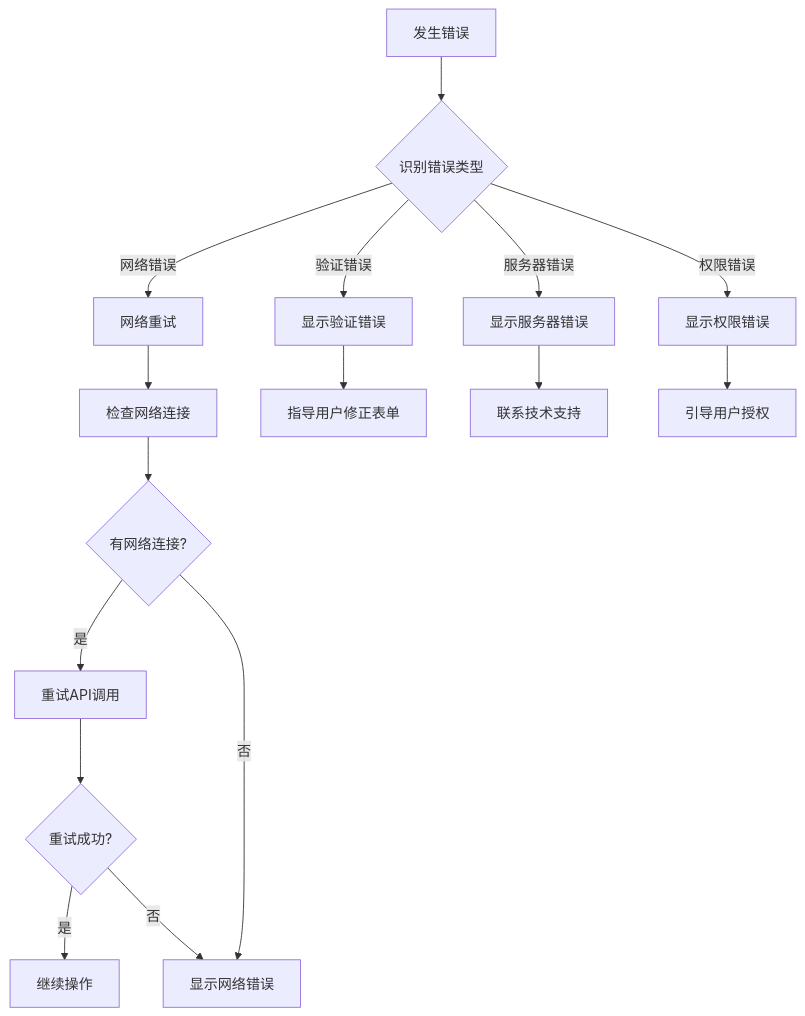
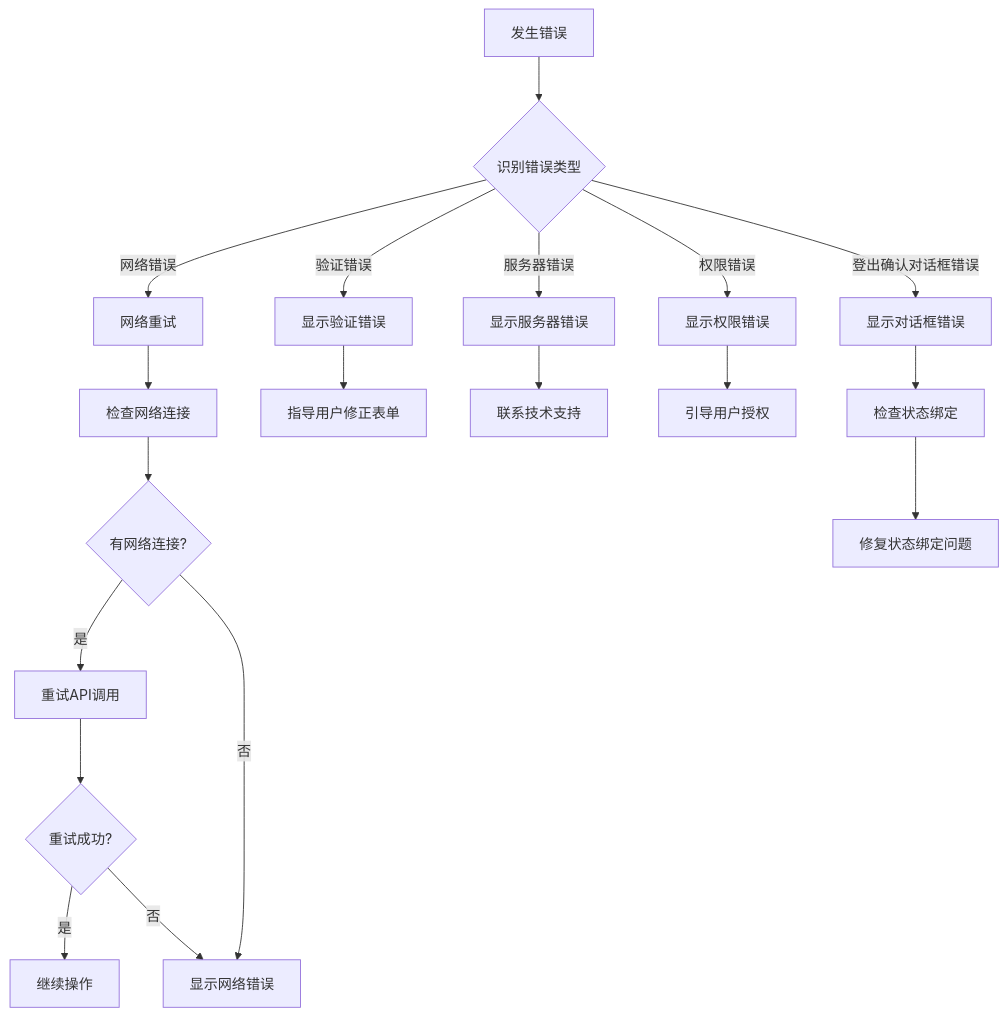
One commit to Jayden23018/blind-run-ios changed diagram 13 of 13 in .qoder/repowiki/zh/content/架构设计/模块化架构设计/Profile 个人资料模块.md. Above: the diagram before and after it, drawn with Mermaid. The commit also changed other lines of this file and 9 other files, not shown here.

````diff
--- a/.qoder/repowiki/zh/content/架构设计/模块化架构设计/Profile 个人资料模块.md
+++ b/.qoder/repowiki/zh/content/架构设计/模块化架构设计/Profile 个人资料模块.md
@@ -418,18 +505,21 @@
 ```mermaid
 flowchart TD
 Error[发生错误] --> IdentifyError{识别错误类型}
 IdentifyError --> |网络错误| NetworkRetry[网络重试]
 IdentifyError --> |验证错误| ShowValidationError[显示验证错误]
 IdentifyError --> |服务器错误| ShowServerError[显示服务器错误]
 IdentifyError --> |权限错误| ShowPermissionError[显示权限错误]
+IdentifyError --> |登出确认对话框错误| ShowDialogError[显示对话框错误]
 NetworkRetry --> CheckConnection[检查网络连接]
 CheckConnection --> HasConnection{有网络连接?}
 HasConnection --> |是| RetryAPI[重试API调用]
 HasConnection --> |否| ShowNetworkError[显示网络错误]
 RetryAPI --> Success{重试成功?}
 Success --> |是| Continue[继续操作]
 Success --> |否| ShowNetworkError
 ShowValidationError --> FixForm[指导用户修正表单]
 ShowServerError --> ContactSupport[联系技术支持]
 ShowPermissionError --> RequestPermission[引导用户授权]
+ShowDialogError --> CheckStateBinding[检查状态绑定]
+CheckStateBinding --> FixState[修复状态绑定问题]
 ```
````
